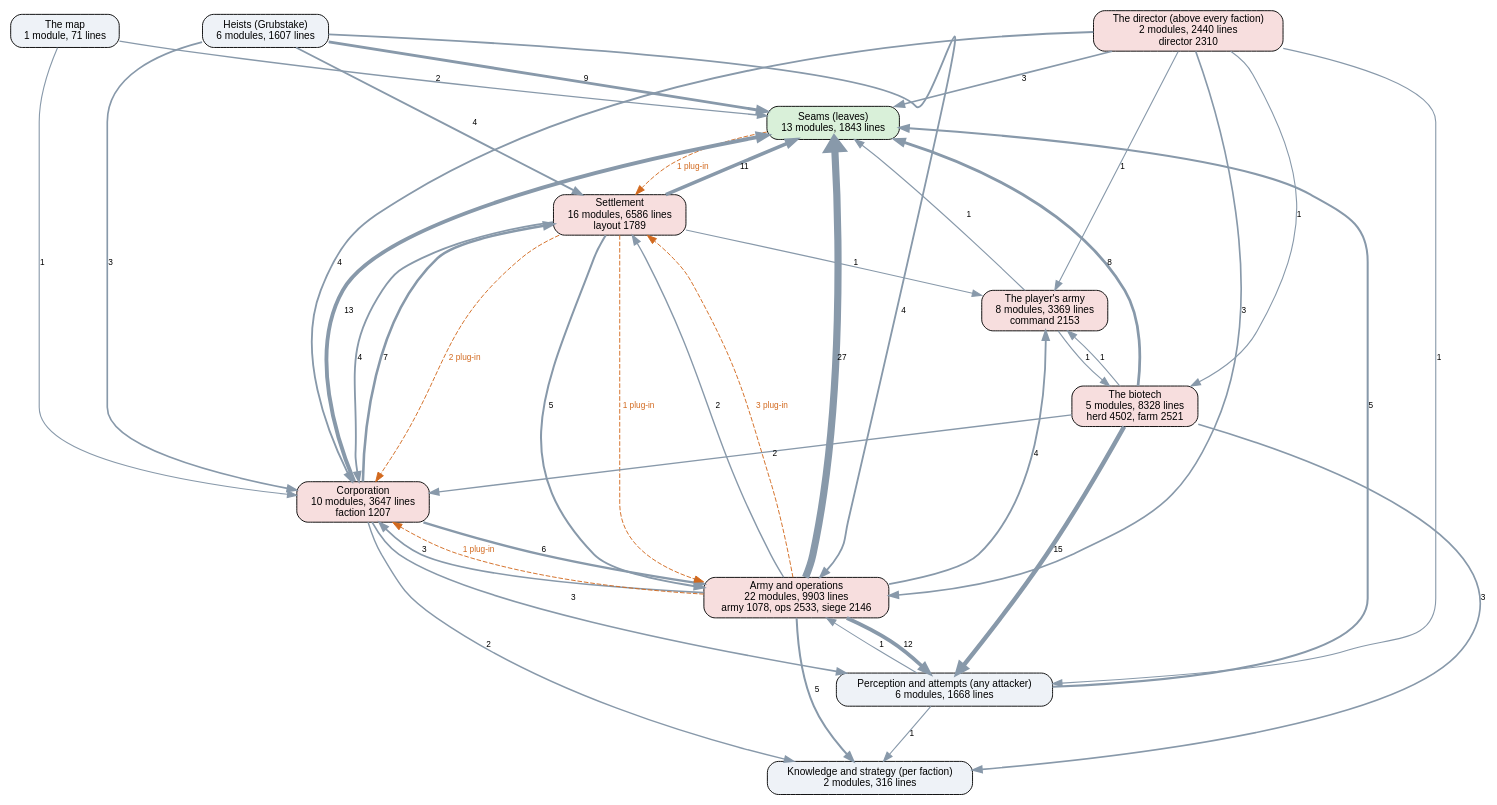
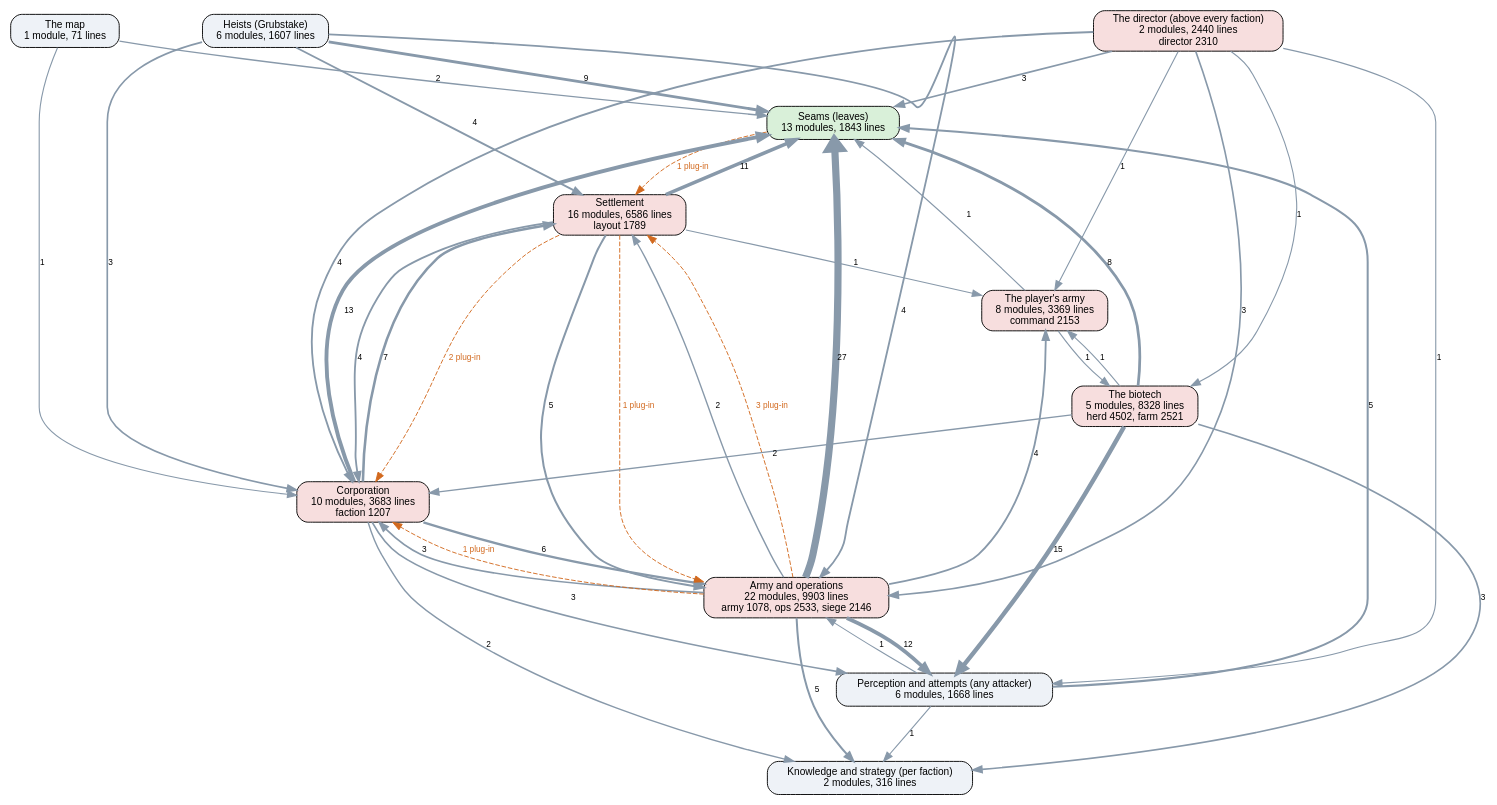
The diagram in docs/ai-layers.dot (kinelhu/landing-party), drawn with Graphviz before and after one commit. The commit also changed 13 other files, not shown here.

```diff
--- a/docs/ai-layers.dot
+++ b/docs/ai-layers.dot
@@ -1,58 +1,58 @@
 digraph layers {
   graph [rankdir=TB, fontname="Helvetica", nodesep=0.5, ranksep=0.7];
   node [shape=box, style="rounded,filled", fontname="Helvetica", fontsize=11, fillcolor="#eef2f7"];
   edge [color="#8899aa", fontname="Helvetica", fontsize=9];
   "Seams (leaves)" [label="Seams (leaves)\n13 modules, 1843 lines", fillcolor="#d9f0d9"];
   "Perception and attempts (any attacker)" [label="Perception and attempts (any attacker)\n6 modules, 1668 lines", fillcolor="#eef2f7"];
   "Knowledge and strategy (per faction)" [label="Knowledge and strategy (per faction)\n2 modules, 316 lines", fillcolor="#eef2f7"];
   "The director (above every faction)" [label="The director (above every faction)\n2 modules, 2440 lines\ndirector 2310", fillcolor="#f7dede"];
-  "Corporation" [label="Corporation\n10 modules, 3647 lines\nfaction 1207", fillcolor="#f7dede"];
+  "Corporation" [label="Corporation\n10 modules, 3683 lines\nfaction 1207", fillcolor="#f7dede"];
   "Settlement" [label="Settlement\n16 modules, 6586 lines\nlayout 1789", fillcolor="#f7dede"];
   "Army and operations" [label="Army and operations\n22 modules, 9903 lines\narmy 1078, ops 2533, siege 2146", fillcolor="#f7dede"];
   "Heists (Grubstake)" [label="Heists (Grubstake)\n6 modules, 1607 lines", fillcolor="#eef2f7"];
   "The biotech" [label="The biotech\n5 modules, 8328 lines\nherd 4502, farm 2521", fillcolor="#f7dede"];
   "The map" [label="The map\n1 module, 71 lines", fillcolor="#eef2f7"];
   "The player's army" [label="The player's army\n8 modules, 3369 lines\ncommand 2153", fillcolor="#f7dede"];
   "Army and operations" -> "Corporation" [label="3", penwidth=1.8];
   "Army and operations" -> "Knowledge and strategy (per faction)" [label="5", penwidth=2.2];
   "Army and operations" -> "Perception and attempts (any attacker)" [label="12", penwidth=4.0];
   "Army and operations" -> "Seams (leaves)" [label="27", penwidth=7.8];
   "Army and operations" -> "Settlement" [label="2", penwidth=1.5];
   "Army and operations" -> "The player's army" [label="4", penwidth=2.0];
   "Corporation" -> "Army and operations" [label="6", penwidth=2.5];
   "Corporation" -> "Knowledge and strategy (per faction)" [label="2", penwidth=1.5];
   "Corporation" -> "Perception and attempts (any attacker)" [label="3", penwidth=1.8];
   "Corporation" -> "Seams (leaves)" [label="13", penwidth=4.2];
   "Corporation" -> "Settlement" [label="7", penwidth=2.8];
   "Heists (Grubstake)" -> "Army and operations" [label="4", penwidth=2.0];
   "Heists (Grubstake)" -> "Corporation" [label="3", penwidth=1.8];
   "Heists (Grubstake)" -> "Seams (leaves)" [label="9", penwidth=3.2];
   "Heists (Grubstake)" -> "Settlement" [label="4", penwidth=2.0];
   "Perception and attempts (any attacker)" -> "Army and operations" [label="1", penwidth=1.2];
   "Perception and attempts (any attacker)" -> "Knowledge and strategy (per faction)" [label="1", penwidth=1.2];
   "Perception and attempts (any attacker)" -> "Seams (leaves)" [label="5", penwidth=2.2];
   "Settlement" -> "Army and operations" [label="5", penwidth=2.2];
   "Settlement" -> "Corporation" [label="4", penwidth=2.0];
   "Settlement" -> "Seams (leaves)" [label="11", penwidth=3.8];
   "Settlement" -> "The player's army" [label="1", penwidth=1.2];
   "The biotech" -> "Corporation" [label="2", penwidth=1.5];
   "The biotech" -> "Knowledge and strategy (per faction)" [label="3", penwidth=1.8];
   "The biotech" -> "Perception and attempts (any attacker)" [label="15", penwidth=4.8];
   "The biotech" -> "Seams (leaves)" [label="8", penwidth=3.0];
   "The biotech" -> "The player's army" [label="1", penwidth=1.2];
   "The director (above every faction)" -> "Army and operations" [label="3", penwidth=1.8];
   "The director (above every faction)" -> "Corporation" [label="4", penwidth=2.0];
   "The director (above every faction)" -> "Perception and attempts (any attacker)" [label="1", penwidth=1.2];
   "The director (above every faction)" -> "Seams (leaves)" [label="3", penwidth=1.8];
   "The director (above every faction)" -> "The biotech" [label="1", penwidth=1.2];
   "The director (above every faction)" -> "The player's army" [label="1", penwidth=1.2];
   "The map" -> "Corporation" [label="1", penwidth=1.2];
   "The map" -> "Seams (leaves)" [label="2", penwidth=1.5];
   "The player's army" -> "Seams (leaves)" [label="1", penwidth=1.2];
   "The player's army" -> "The biotech" [label="1", penwidth=1.2];
   "Army and operations" -> "Corporation" [style=dashed, color="#d2691e", fontcolor="#d2691e", label="1 plug-in"];
   "Army and operations" -> "Settlement" [style=dashed, color="#d2691e", fontcolor="#d2691e", label="3 plug-in"];
   "Seams (leaves)" -> "Settlement" [style=dashed, color="#d2691e", fontcolor="#d2691e", label="1 plug-in"];
   "Settlement" -> "Army and operations" [style=dashed, color="#d2691e", fontcolor="#d2691e", label="1 plug-in"];
   "Settlement" -> "Corporation" [style=dashed, color="#d2691e", fontcolor="#d2691e", label="2 plug-in"];
 }
```
